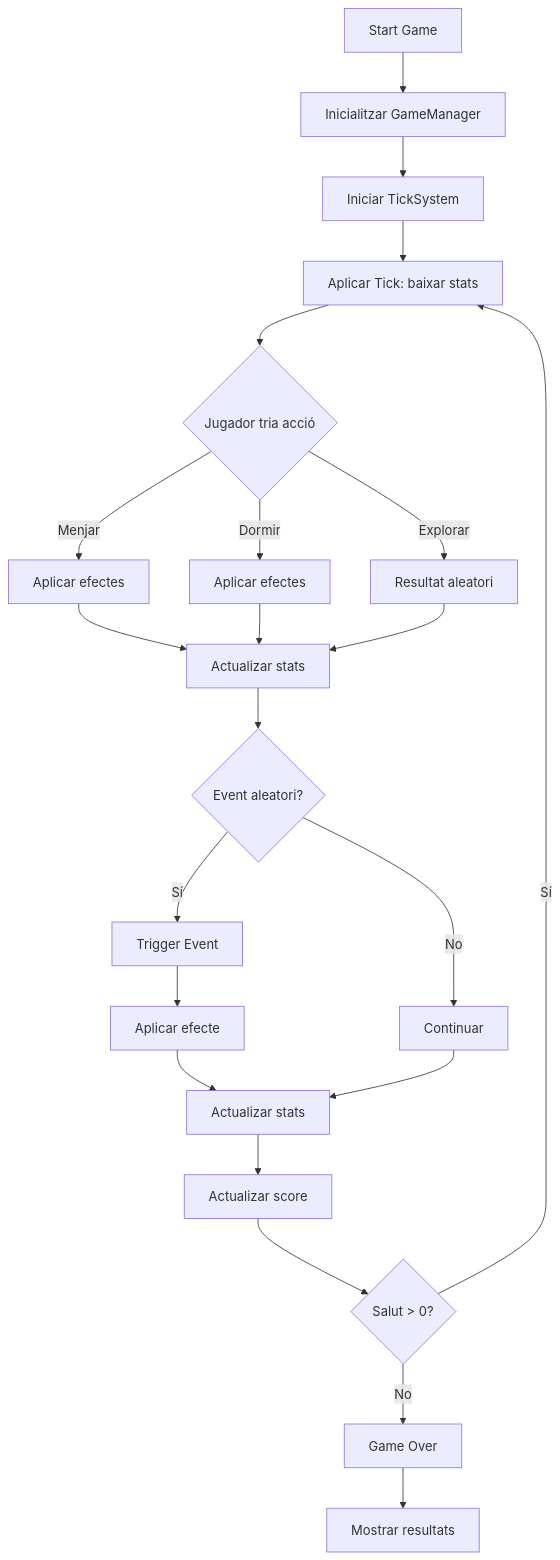
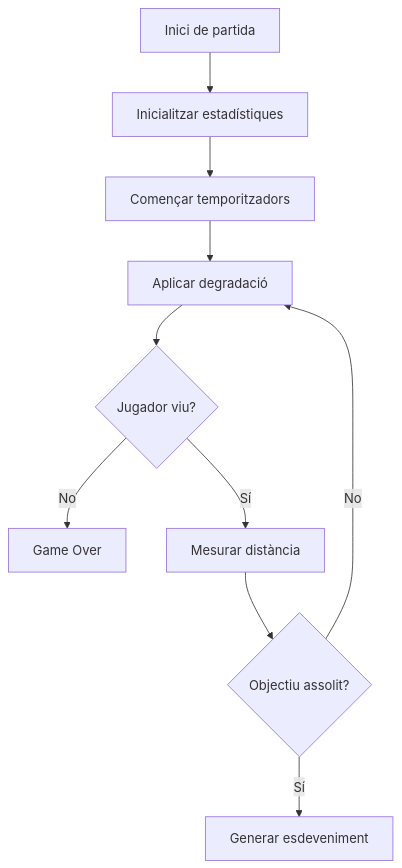
Before and after one commit to hugocrct/VibeCoding-GMod-Add-on-: the second of 2 diagrams in README.md, drawn with Mermaid. The commit also changed other lines of this file and 32 other files, not shown here.

````diff
--- a/README.md
+++ b/README.md
@@ -179,36 +252,12 @@
 ```mermaid
 flowchart TD
-
-A[Start Game] --> B[Inicialitzar GameManager]
-B --> C[Iniciar TickSystem]
-
-C --> D[Aplicar Tick: baixar stats]
-D --> E{Jugador tria acció}
-
-E -->|Menjar| F[Aplicar efectes]
-E -->|Dormir| G[Aplicar efectes]
-E -->|Explorar| H[Resultat aleatori]
-
-F --> I[Actualizar stats]
-G --> I
-H --> I
-
-I --> J{Event aleatori?}
-
-J -->|Sí| K[Trigger Event]
-J -->|No| L[Continuar]
-
-K --> M[Aplicar efecte]
-M --> N[Actualizar stats]
-
-L --> N
-
-N --> O[Actualizar score]
-
-O --> P{Salut > 0?}
-
-P -->|Sí| D
-P -->|No| Q[Game Over]
-
-Q --> R[Mostrar resultats]
+A[Inici de partida] --> B[Inicialitzar estadístiques]
+B --> C[Començar temporitzadors]
+C --> D[Aplicar degradació]
+D --> E{Jugador viu?}
+E -- No --> Z[Game Over]
+E -- Sí --> F[Mesurar distància]
+F --> G{Objectiu assolit?}
+G -- No --> D
+G -- Sí --> H[Generar esdeveniment]
 ```
````
